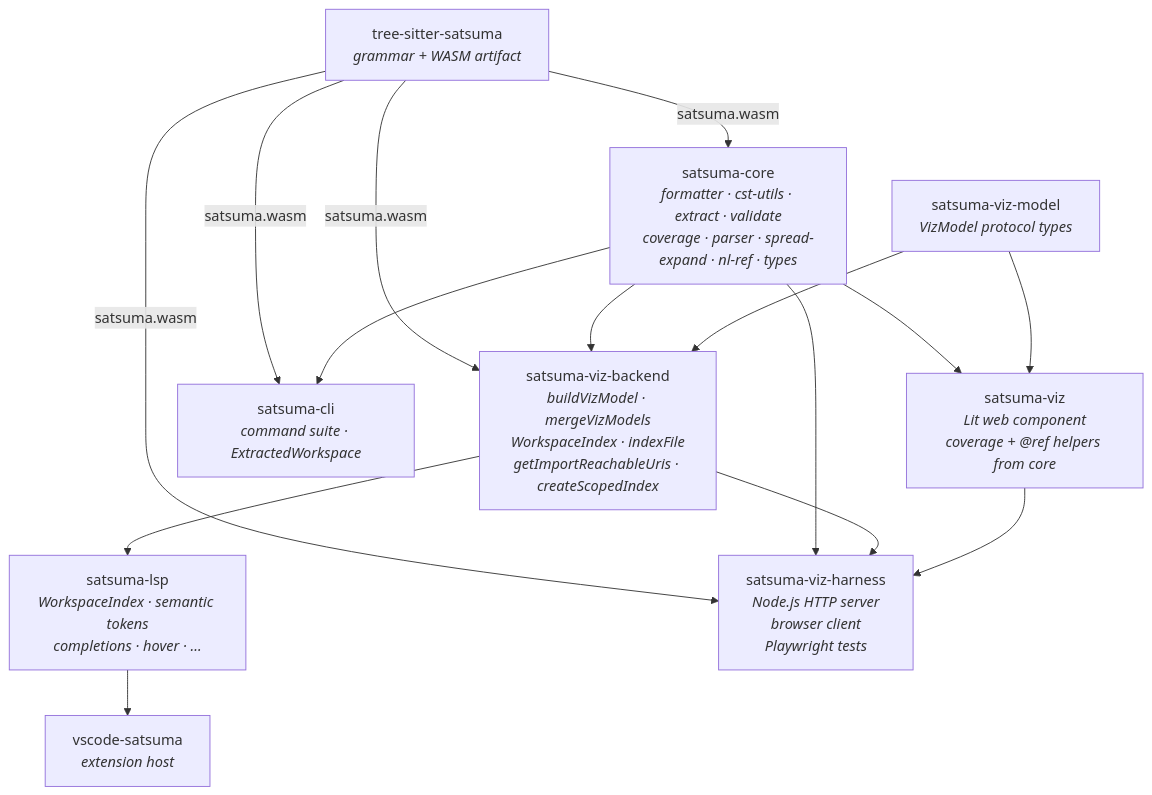
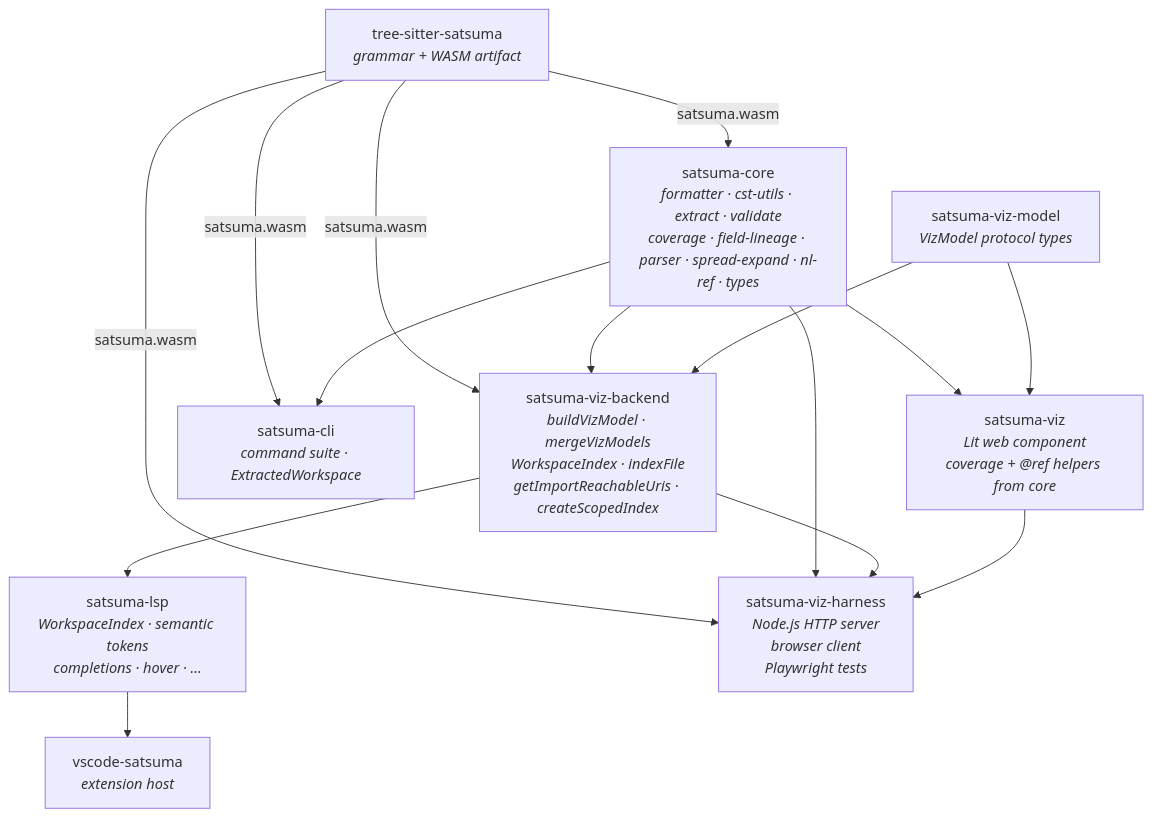
Before and after one commit to EqualExperts/satsuma-lang: the first of 6 diagrams in docs/developer/ARCHITECTURE.md, drawn with Mermaid. The commit also changed other lines of this file and 8 other files, not shown here.

Commit message:
refactor(core): share field lineage traversal (sl-prlp)

````diff
--- a/docs/developer/ARCHITECTURE.md
+++ b/docs/developer/ARCHITECTURE.md
@@ -30,27 +30,27 @@
 ```mermaid
 graph TD
   TS[tree-sitter-satsuma<br/><i>grammar + WASM artifact</i>]
-  CORE[satsuma-core<br/><i>formatter · cst-utils · extract · validate<br/>coverage · parser · spread-expand · nl-ref · types</i>]
+  CORE[satsuma-core<br/><i>formatter · cst-utils · extract · validate<br/>coverage · field-lineage · parser · spread-expand · nl-ref · types</i>]
   VIZM[satsuma-viz-model<br/><i>VizModel protocol types</i>]
   VIZB[satsuma-viz-backend<br/><i>buildVizModel · mergeVizModels<br/>WorkspaceIndex · indexFile<br/>getImportReachableUris · createScopedIndex</i>]
   CLI[satsuma-cli<br/><i>command suite · ExtractedWorkspace</i>]
   LSP[satsuma-lsp<br/><i>WorkspaceIndex · semantic tokens<br/>completions · hover · …</i>]
   EXT[vscode-satsuma<br/><i>extension host</i>]
   VIZ[satsuma-viz<br/><i>Lit web component<br/>coverage + @ref helpers from core</i>]
   HARNESS[satsuma-viz-harness<br/><i>Node.js HTTP server<br/>browser client<br/>Playwright tests</i>]
 
   TS -- "satsuma.wasm" --> CORE
   TS -- "satsuma.wasm" --> CLI
   TS -- "satsuma.wasm" --> VIZB
   TS -- "satsuma.wasm" --> HARNESS
   CORE --> CLI
   CORE --> VIZB
   CORE --> HARNESS
   CORE --> VIZ
   VIZM --> VIZB
   VIZM --> VIZ
   VIZB --> LSP
   VIZB --> HARNESS
   VIZ --> HARNESS
   LSP --> EXT
 ```
````
